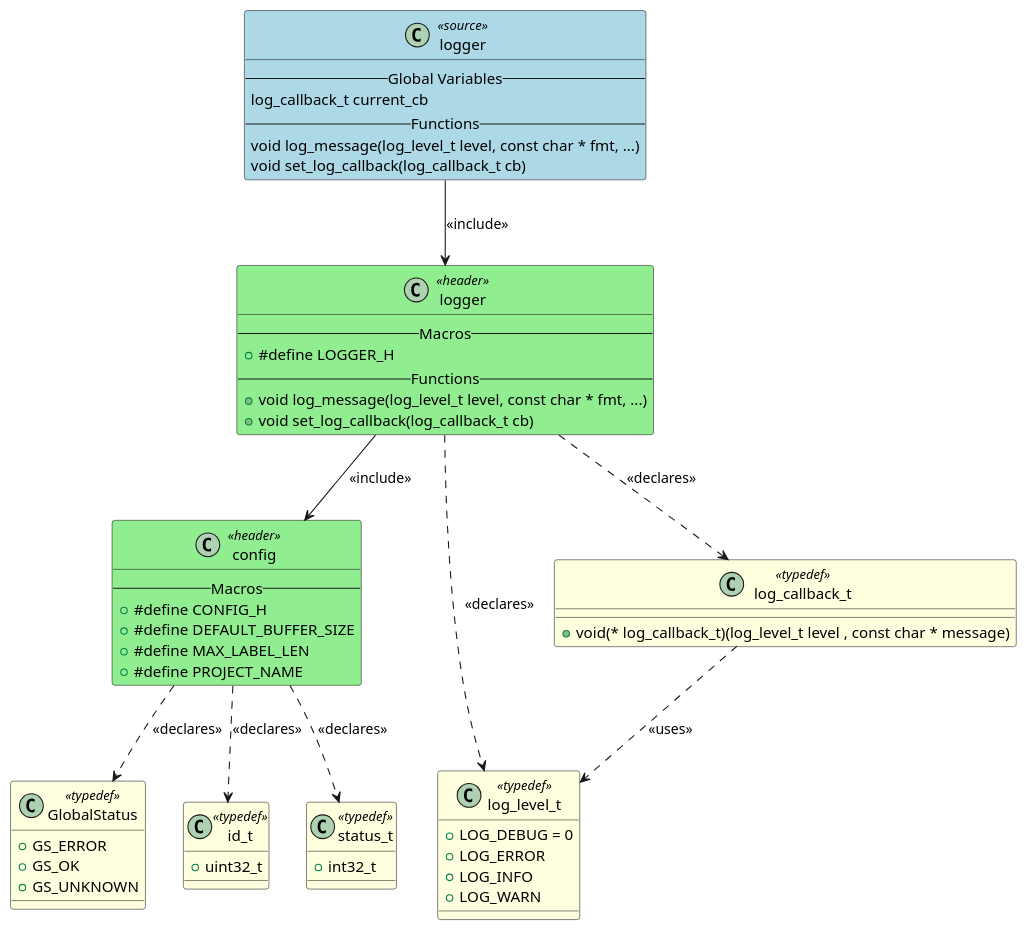
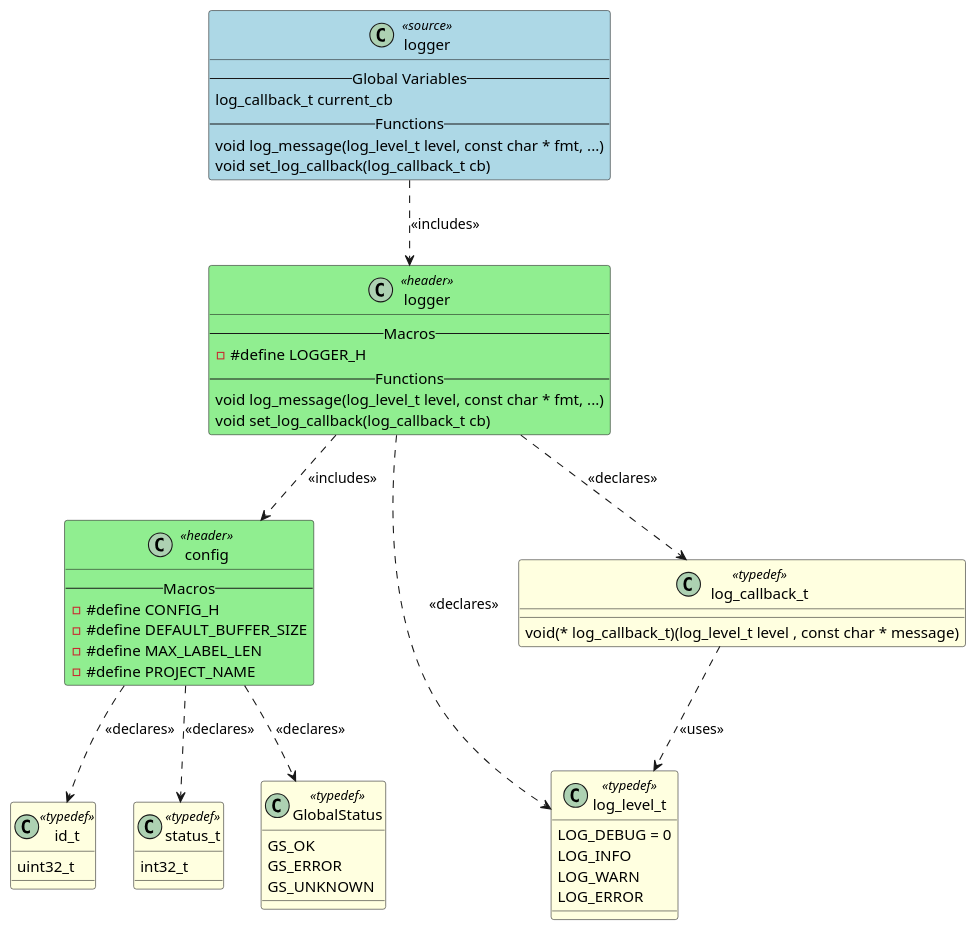
Before and after one commit to fischerjooo/c2puml: the diagram in output/logger.puml, drawn with PlantUML. The commit also changed 16 other files, not shown here.

Commit message:
Refactor PlantUML generator to simplify function and typedef rendering

```diff
--- a/output/logger.puml
+++ b/output/logger.puml
@@ -1,75 +1,67 @@
 @startuml logger
 
 class "logger" as LOGGER <<source>> #LightBlue
 {
     -- Global Variables --
     log_callback_t current_cb
     -- Functions --
     void log_message(log_level_t level, const char * fmt, ...)
     void set_log_callback(log_callback_t cb)
 }
-
 class "config" as HEADER_CONFIG <<header>> #LightGreen
 {
     -- Macros --
-    + #define CONFIG_H
-    + #define DEFAULT_BUFFER_SIZE
-    + #define MAX_LABEL_LEN
-    + #define PROJECT_NAME
+    - #define CONFIG_H
+    - #define DEFAULT_BUFFER_SIZE
+    - #define MAX_LABEL_LEN
+    - #define PROJECT_NAME
 }
-
 class "logger" as HEADER_LOGGER <<header>> #LightGreen
 {
     -- Macros --
-    + #define LOGGER_H
+    - #define LOGGER_H
     -- Functions --
-    + void log_message(log_level_t level, const char * fmt, ...)
-    + void set_log_callback(log_callback_t cb)
+    void log_message(log_level_t level, const char * fmt, ...)
+    void set_log_callback(log_callback_t cb)
+}
+class "id_t" as TYPEDEF_ID_T <<typedef>> #LightYellow
+{
+    uint32_t
+}
+class "status_t" as TYPEDEF_STATUS_T <<typedef>> #LightYellow
+{
+    int32_t
+}
+class "GlobalStatus" as TYPEDEF_GLOBALSTATUS <<typedef>> #LightYellow
+{
+    GS_OK
+    GS_ERROR
+    GS_UNKNOWN
+}
+class "log_level_t" as TYPEDEF_LOG_LEVEL_T <<typedef>> #LightYellow
+{
+    LOG_DEBUG = 0
+    LOG_INFO
+    LOG_WARN
+    LOG_ERROR
+}
+class "log_callback_t" as TYPEDEF_LOG_CALLBACK_T <<typedef>> #LightYellow
+{
+    void(* log_callback_t)(log_level_t level , const char * message)
 }
 
-class "GlobalStatus" as TYPEDEF_GLOBALSTATUS <<typedef>> #LightYellow
-{
-    + GS_ERROR
-    + GS_OK
-    + GS_UNKNOWN
-}
+' Include relationships
+LOGGER ..> HEADER_LOGGER : <<includes>>
+HEADER_LOGGER ..> HEADER_CONFIG : <<includes>>
 
-class "id_t" as TYPEDEF_ID_T <<typedef>> #LightYellow
-{
-    + uint32_t
-}
-
-class "status_t" as TYPEDEF_STATUS_T <<typedef>> #LightYellow
-{
-    + int32_t
-}
-
-class "log_level_t" as TYPEDEF_LOG_LEVEL_T <<typedef>> #LightYellow
-{
-    + LOG_DEBUG = 0
-    + LOG_ERROR
-    + LOG_INFO
-    + LOG_WARN
-}
-
-class "log_callback_t" as TYPEDEF_LOG_CALLBACK_T <<typedef>> #LightYellow
-{
-    + void(* log_callback_t)(log_level_t level , const char * message)
-}
-
-
-' Include relationships
-LOGGER --> HEADER_LOGGER : <<include>>
-HEADER_LOGGER --> HEADER_CONFIG : <<include>>
-
-' Declaration relationships
+' Declares relationships
 HEADER_CONFIG ..> TYPEDEF_GLOBALSTATUS : <<declares>>
 HEADER_CONFIG ..> TYPEDEF_ID_T : <<declares>>
 HEADER_CONFIG ..> TYPEDEF_STATUS_T : <<declares>>
+HEADER_LOGGER ..> TYPEDEF_LOG_CALLBACK_T : <<declares>>
 HEADER_LOGGER ..> TYPEDEF_LOG_LEVEL_T : <<declares>>
-HEADER_LOGGER ..> TYPEDEF_LOG_CALLBACK_T : <<declares>>
 
 ' Uses relationships
 TYPEDEF_LOG_CALLBACK_T ..> TYPEDEF_LOG_LEVEL_T : <<uses>>
 
 @enduml
```
